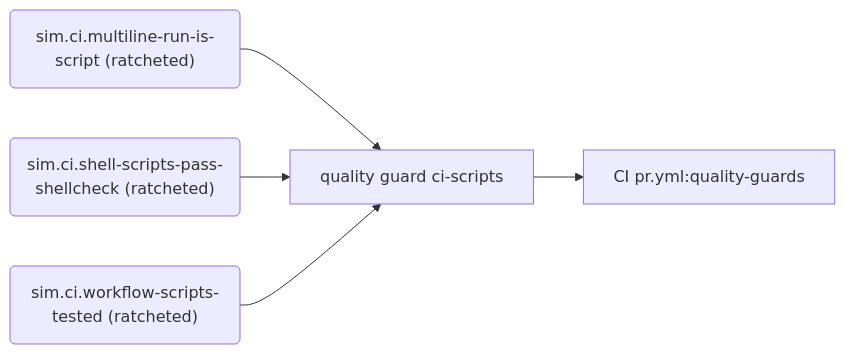
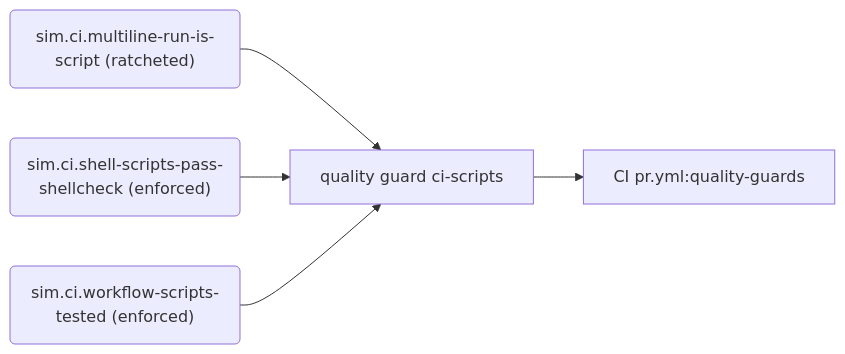
Before and after one commit to PolicyEngine/policyengine-sim-api: the seventh of 8 diagrams in docs/generated/rules.md, drawn with Mermaid. The commit also changed other lines of this file and 17 other files, not shown here.

````diff
--- a/docs/generated/rules.md
+++ b/docs/generated/rules.md
@@ -285,12 +283,12 @@
 ```mermaid
 flowchart LR
   r_sim_ci_multiline_run_is_script("sim.ci.multiline-run-is-script (ratcheted)")
   e_quality_guard_ci_scripts["quality guard ci-scripts"]
   j_CI_pr_yml_quality_guards["CI pr.yml:quality-guards"]
-  r_sim_ci_shell_scripts_pass_shellcheck("sim.ci.shell-scripts-pass-shellcheck (ratcheted)")
-  r_sim_ci_workflow_scripts_tested("sim.ci.workflow-scripts-tested (ratcheted)")
+  r_sim_ci_shell_scripts_pass_shellcheck("sim.ci.shell-scripts-pass-shellcheck (enforced)")
+  r_sim_ci_workflow_scripts_tested("sim.ci.workflow-scripts-tested (enforced)")
   r_sim_ci_multiline_run_is_script --> e_quality_guard_ci_scripts
   e_quality_guard_ci_scripts --> j_CI_pr_yml_quality_guards
   r_sim_ci_shell_scripts_pass_shellcheck --> e_quality_guard_ci_scripts
   r_sim_ci_workflow_scripts_tested --> e_quality_guard_ci_scripts
 ```
````
